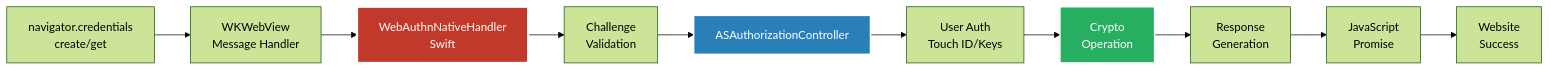
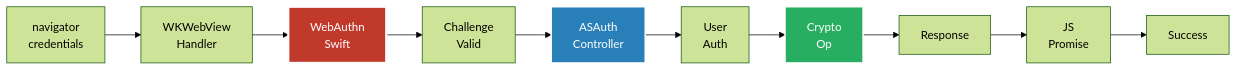
Before and after one commit to webauthnai/Web-Man: the seventh of 7 diagrams in README.md, drawn with Mermaid (forest theme). The commit also changed other lines of this file, not shown here.

Commit message:
updated read me

````diff
--- a/README.md
+++ b/README.md
@@ -312,18 +312,18 @@
 ```mermaid
 graph LR
-    A[navigator.credentials<br/>create/get] --> B[WKWebView<br/>Message Handler]
-    B --> C[WebAuthnNativeHandler<br/>Swift]
+    A[navigator<br/>credentials] --> B[WKWebView<br/>Handler]
+    B --> C[WebAuthn<br/>Swift]
     
-    C --> D[Challenge<br/>Validation]
-    D --> E[ASAuthorizationController]
-    E --> F[User Auth<br/>Touch ID/Keys]
+    C --> D[Challenge<br/>Valid]
+    D --> E[ASAuth<br/>Controller]
+    E --> F[User<br/>Auth]
     
-    F --> G[Crypto<br/>Operation]
-    G --> H[Response<br/>Generation]
-    H --> I[JavaScript<br/>Promise]
-    I --> J[Website<br/>Success]
+    F --> G[Crypto<br/>Op]
+    G --> H[Response]
+    H --> I[JS<br/>Promise]
+    I --> J[Success]
     
     style C fill:#c0392b,stroke:#fff,stroke-width:3px,color:#fff
     style E fill:#2980b9,stroke:#fff,stroke-width:2px,color:#fff
     style G fill:#27ae60,stroke:#fff,stroke-width:2px,color:#fff
 ```
````
